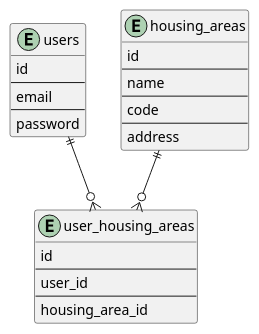
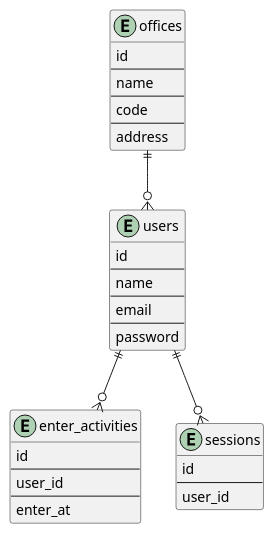
Before and after one commit to rianmz-genz/go-mqttgate: the diagram in database.puml, drawn with PlantUML.

Commit message:
database design

```diff
--- a/database.puml
+++ b/database.puml
@@ -1,32 +1,40 @@
 @startuml database
 
 entity users {
     id
+    --
+    name
     --
     email
     --
     password
 }
 
-entity user_housing_areas {
-    id
-    --
-    user_id
-    --
-    housing_area_id
-}
-
-entity housing_areas {
+entity offices {
     id
     --
     name
     --
     code
     --
     address
 }
 
-housing_areas ||--o{ user_housing_areas
-users ||--o{ user_housing_areas
+entity enter_activities {
+    id
+    --
+    user_id
+    --
+    enter_at
+}
 
+entity sessions {
+    id
+    --
+    user_id
+}
+
+offices ||--o{ users
+users ||--o{ enter_activities
+users ||--o{ sessions
 @enduml
```
